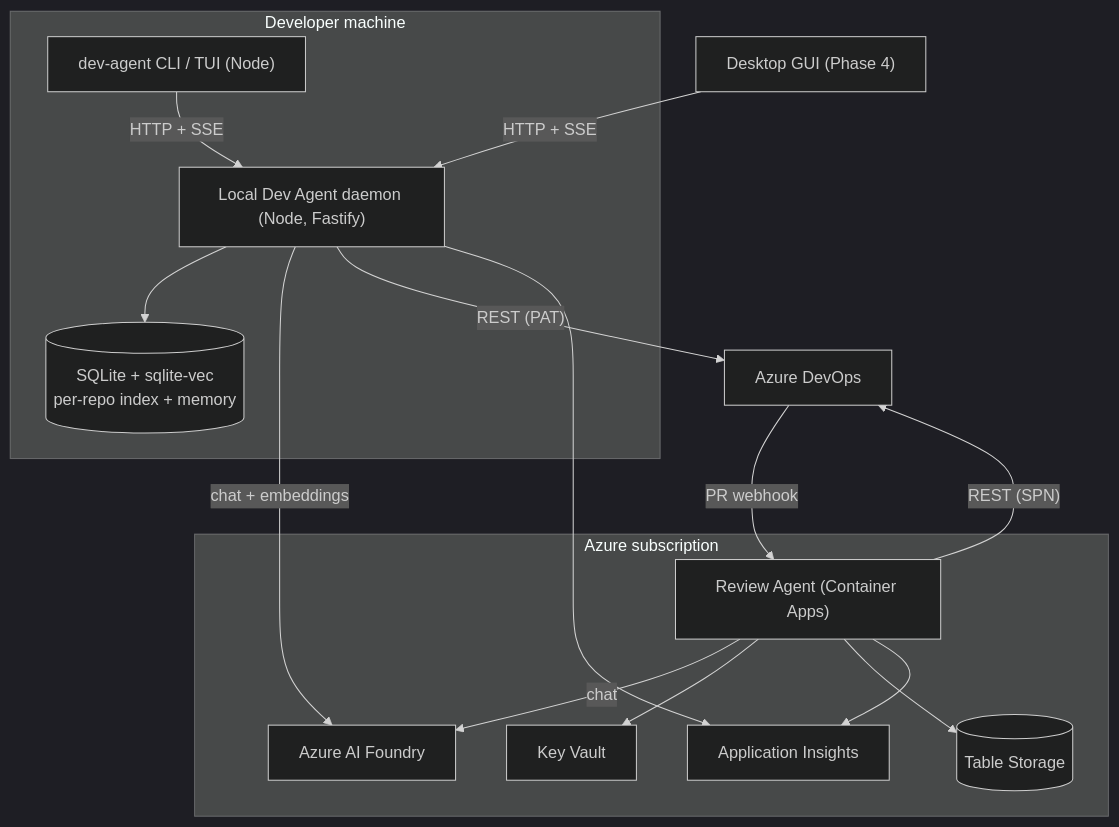
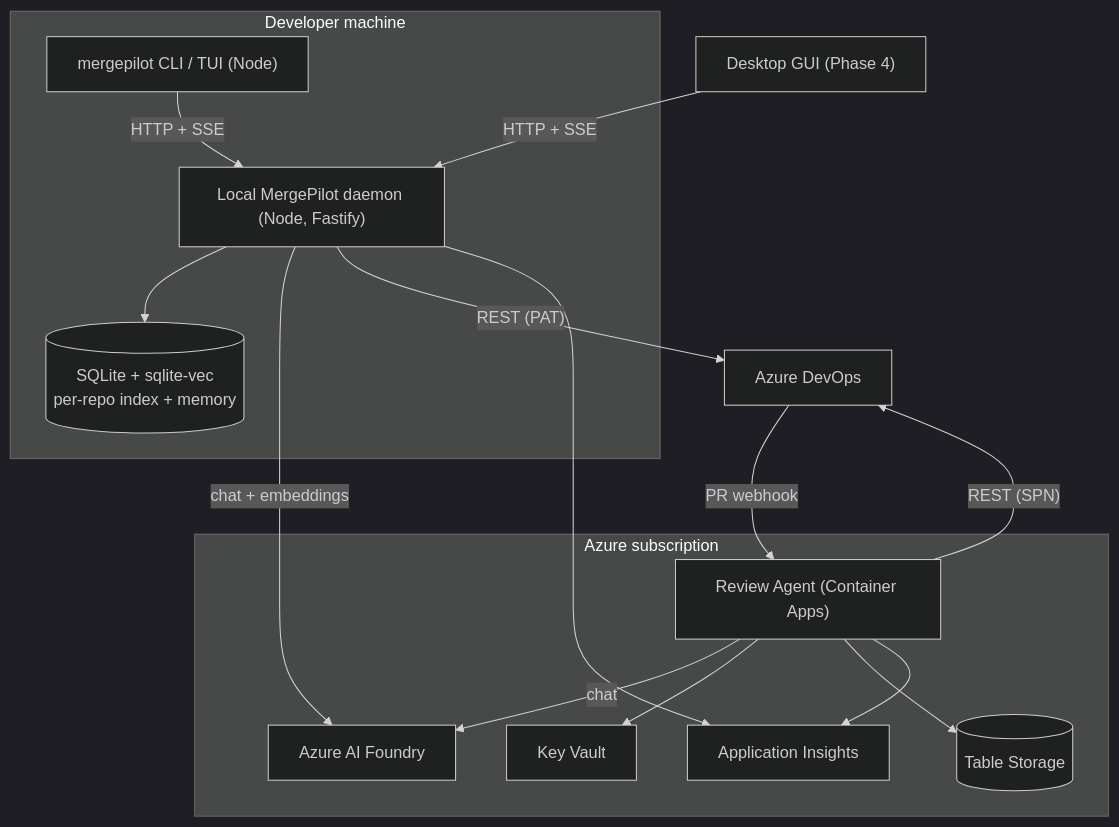
The first of 3 diagrams in docs/architecture.md (ZP151/CICD-agents), drawn with Mermaid (dark theme) before and after one commit. The commit also changed other lines of this file and 620 other files, not shown here.

Commit message:
feat: release MergePilot v0.5.8

````diff
--- a/docs/architecture.md
+++ b/docs/architecture.md
@@ -9,32 +9,32 @@
 ```mermaid
 flowchart TD
     subgraph LocalMachine[Developer machine]
-        DevCLI["dev-agent CLI / TUI (Node)"]
-        DevDaemon["Local Dev Agent daemon (Node, Fastify)"]
+        DevCLI["mergepilot CLI / TUI (Node)"]
+        DevDaemon["Local MergePilot daemon (Node, Fastify)"]
         LocalDB[("SQLite + sqlite-vec\nper-repo index + memory")]
         DevCLI -->|"HTTP + SSE"| DevDaemon
         DevDaemon --> LocalDB
     end
 
     subgraph Azure[Azure subscription]
         ReviewSvc["Review Agent (Container Apps)"]
         Foundry["Azure AI Foundry"]
         KV["Key Vault"]
         Tables[("Table Storage")]
         AI["Application Insights"]
     end
 
     ADO["Azure DevOps"]
 
     DevDaemon -->|"chat + embeddings"| Foundry
     DevDaemon -->|"REST (PAT)"| ADO
     ReviewSvc -->|"chat"| Foundry
     ReviewSvc -->|"REST (SPN)"| ADO
     ADO -->|"PR webhook"| ReviewSvc
     ReviewSvc --> KV
     ReviewSvc --> Tables
     ReviewSvc --> AI
     DevDaemon --> AI
 
     DesktopGUI["Desktop GUI (Phase 4)"] -->|"HTTP + SSE"| DevDaemon
 ```
````
